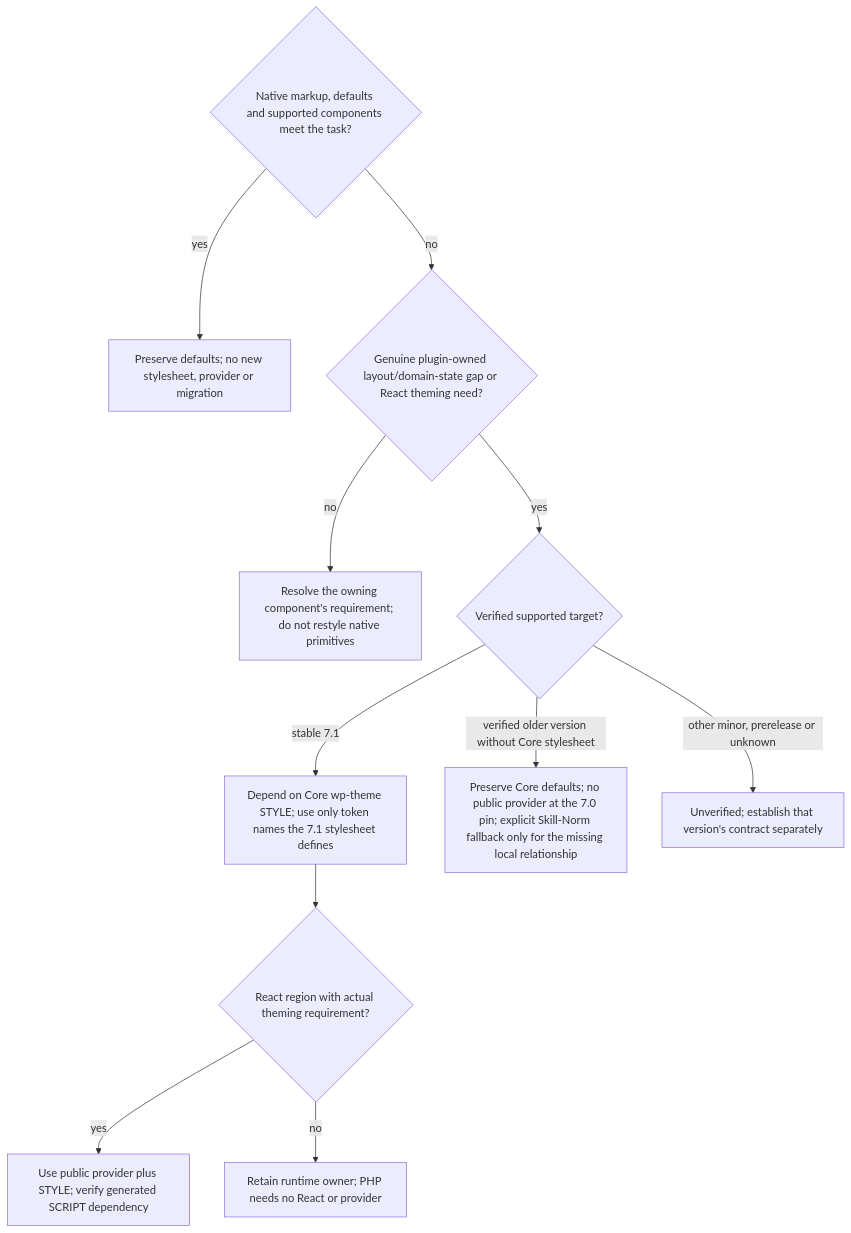
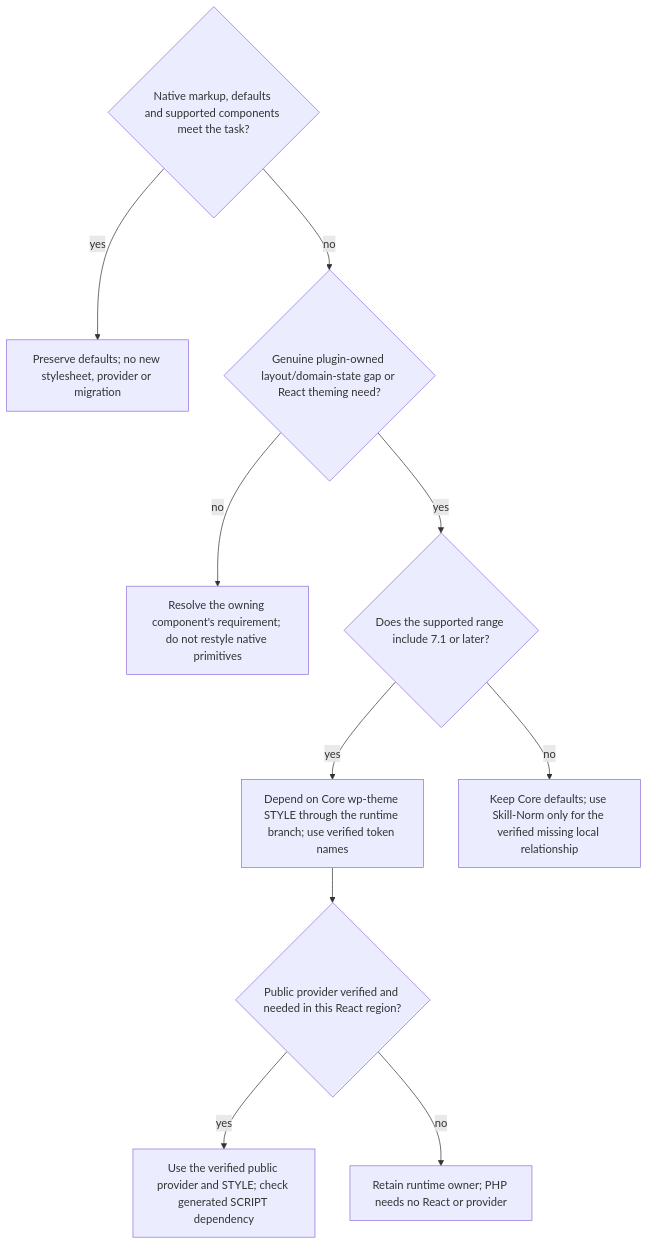
Before and after one commit to benjaminstelzer/scoville-suite: the diagram in packages/scoville-ui/scoville-ui/references/wordpress/version-compatibility.md, drawn with Mermaid. The commit also changed other lines of this file and 152 other files, not shown here.

````diff
--- a/packages/scoville-ui/scoville-ui/references/wordpress/version-compatibility.md
+++ b/packages/scoville-ui/scoville-ui/references/wordpress/version-compatibility.md
@@ -32,14 +38,13 @@
 ```mermaid
 flowchart TD
   native{"Native markup, defaults and supported components meet the task?"}
   native -->|yes| keep["Preserve defaults; no new stylesheet, provider or migration"]
   native -->|no| need{"Genuine plugin-owned layout/domain-state gap or React theming need?"}
   need -->|no| owner["Resolve the owning component's requirement; do not restyle native primitives"]
-  need -->|yes| version{"Verified supported target?"}
-  version -->|stable 7.1| tokens["Depend on Core wp-theme STYLE; use only token names the 7.1 stylesheet defines"]
-  tokens --> react{"React region with actual theming requirement?"}
-  react -->|yes| provider["Use public provider plus STYLE; verify generated SCRIPT dependency"]
+  need -->|yes| version{"Does the supported range include 7.1 or later?"}
+  version -->|yes| tokens["Depend on Core wp-theme STYLE through the runtime branch; use verified token names"]
+  tokens --> react{"Public provider verified and needed in this React region?"}
+  react -->|yes| provider["Use the verified public provider and STYLE; check generated SCRIPT dependency"]
   react -->|no| done["Retain runtime owner; PHP needs no React or provider"]
-  version -->|verified older version without Core stylesheet| fallback["Preserve Core defaults; no public provider at the 7.0 pin; explicit Skill-Norm fallback only for the missing local relationship"]
-  version -->|other minor, prerelease or unknown| unverified["Unverified; establish that version's contract separately"]
+  version -->|no| fallback["Keep Core defaults; use Skill-Norm only for the verified missing local relationship"]
 ```
````
